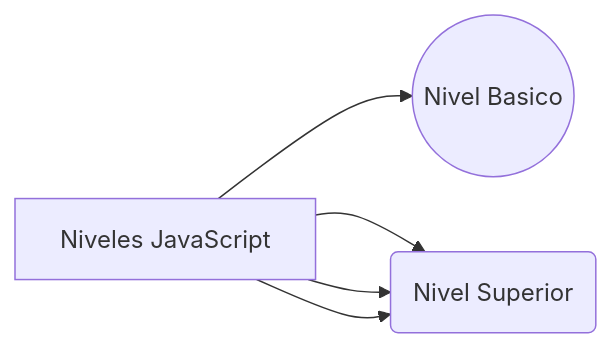
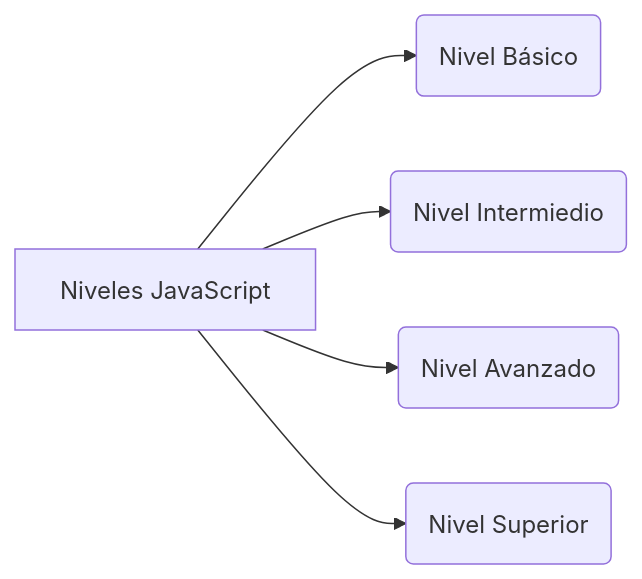
The diagram in README.md (DragonFenixOwi/Resumen_FrontEnd_Inicial_2020), drawn with Mermaid before and after one commit.

````diff
--- a/README.md
+++ b/README.md
@@ -14,8 +14,7 @@
-	```mermaid
-      	graph LR
-      	A[Niveles JavaScript]--> B((Nivel Basico))
-      	A --> C(Nivel Intermiedio)
-         A --> C(Nivel Avanzado)
-         A --> C(Nivel Superior)
-
-	```
+```mermaid
+graph LR
+	A[Niveles JavaScript]--> B(Nivel Básico)
+	A --> C(Nivel Intermiedio)
+    A --> D(Nivel Avanzado)
+    A --> E(Nivel Superior)
+```
````
